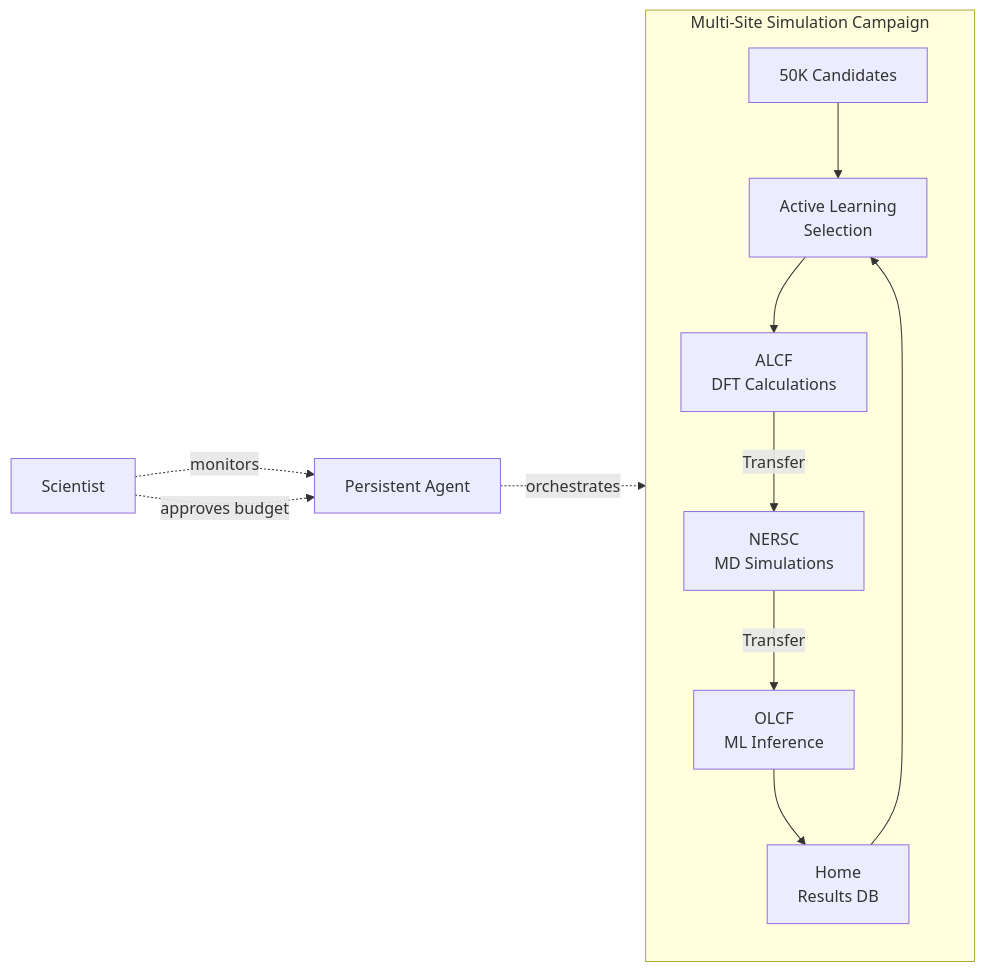
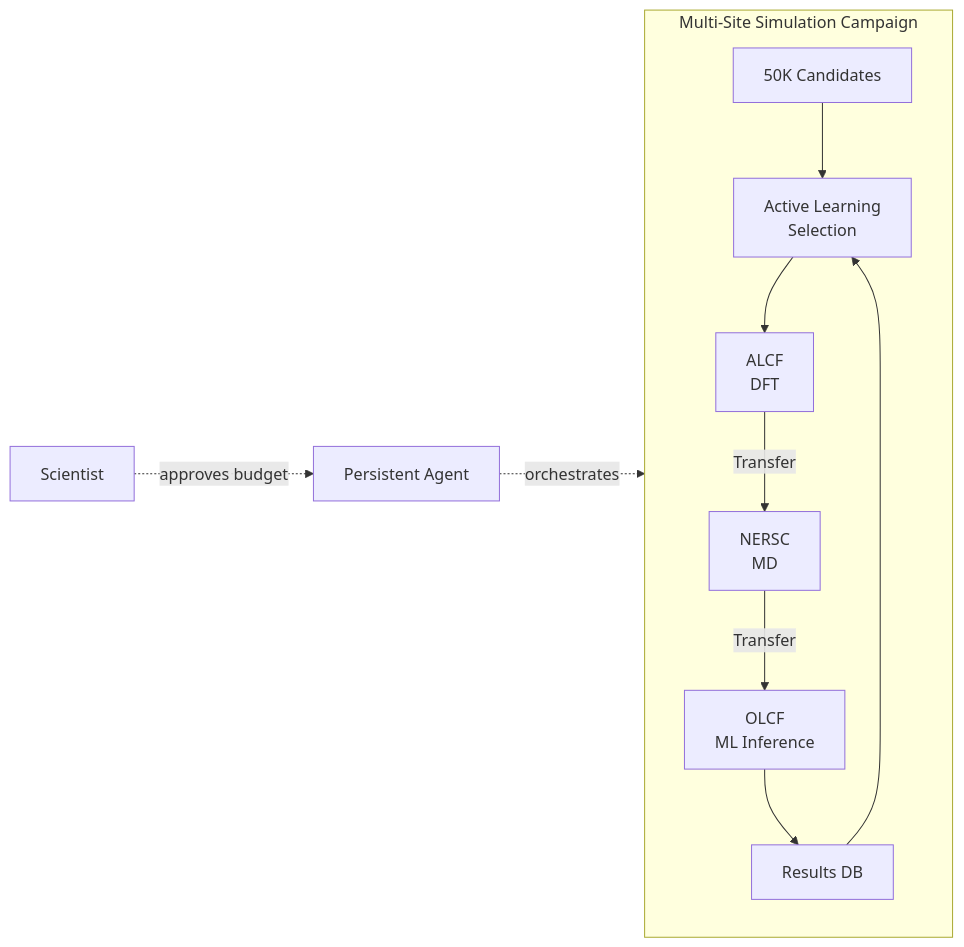
One commit to agents4science/agents4science.github.io changed the first of 5 diagrams in DOE_Agent_Requirements/index.md. Above: the diagram before and after it, drawn with Mermaid. The commit also changed other lines of this file, not shown here.

````diff
--- a/DOE_Agent_Requirements/index.md
+++ b/DOE_Agent_Requirements/index.md
@@ -104,15 +65,14 @@
 ```mermaid
 flowchart LR
     subgraph Campaign["Multi-Site Simulation Campaign"]
         Candidates["50K Candidates"] --> Select["Active Learning\nSelection"]
-        Select --> DFT["ALCF\nDFT Calculations"]
-        DFT -->|"Transfer"| MD["NERSC\nMD Simulations"]
+        Select --> DFT["ALCF\nDFT"]
+        DFT -->|"Transfer"| MD["NERSC\nMD"]
         MD -->|"Transfer"| ML["OLCF\nML Inference"]
-        ML --> Store["Home\nResults DB"]
+        ML --> Store["Results DB"]
         Store --> Select
     end
 
     Agent["Persistent Agent"] -.->|"orchestrates"| Campaign
-    User["Scientist"] -.->|"monitors"| Agent
-    User -.->|"approves budget"| Agent
+    User["Scientist"] -.->|"approves budget"| Agent
 ```
````
